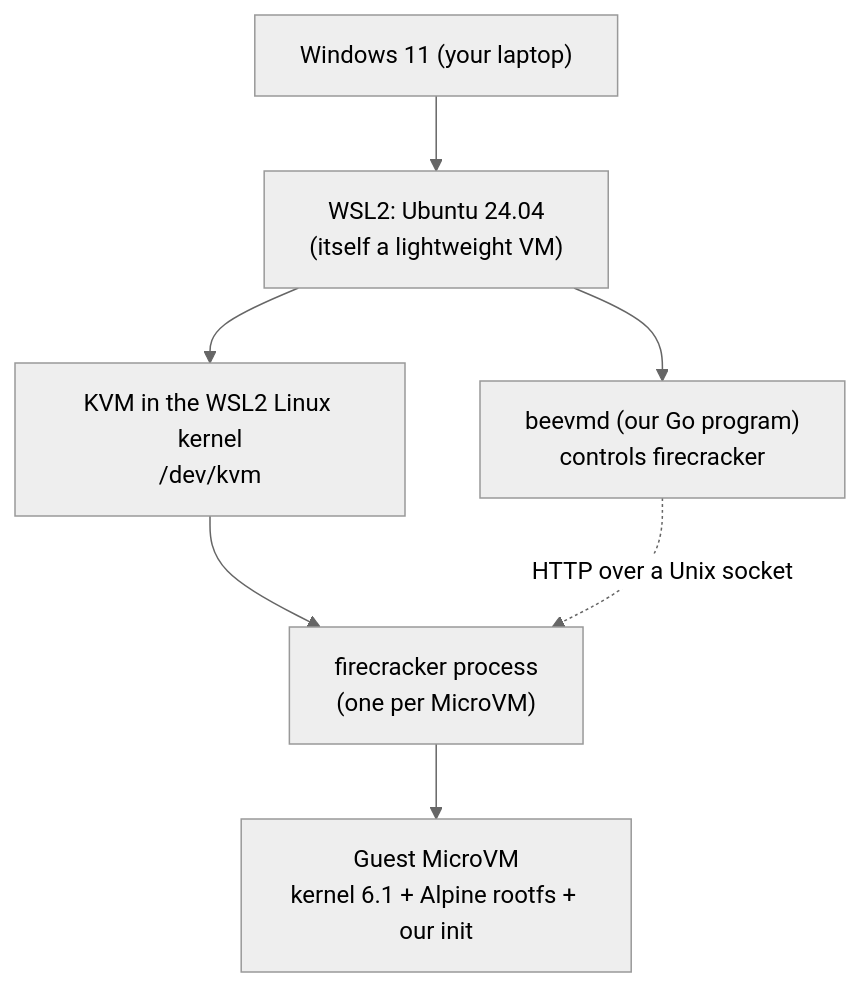
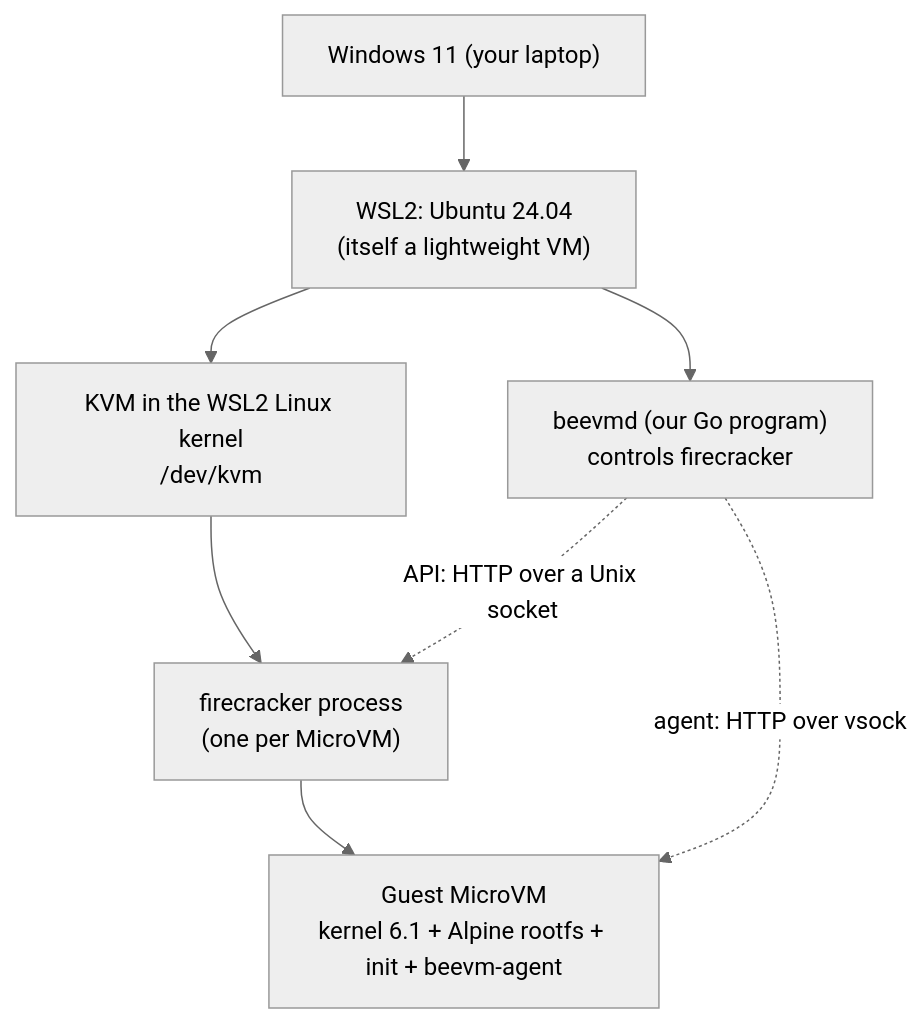
Before and after one commit to om8P/BeeVM: the first of 8 diagrams in developer-guide/guide.md, drawn with Mermaid (neutral theme). The commit also changed other lines of this file and 2 other files, not shown here.

````diff
--- a/developer-guide/guide.md
+++ b/developer-guide/guide.md
@@ -25,9 +49,10 @@
 ```mermaid
 flowchart TB
     W["Windows 11 (your laptop)"] --> WSL["WSL2: Ubuntu 24.04<br/>(itself a lightweight VM)"]
     WSL --> KVM["KVM in the WSL2 Linux kernel<br/>/dev/kvm"]
     KVM --> FC["firecracker process<br/>(one per MicroVM)"]
-    FC --> G["Guest MicroVM<br/>kernel 6.1 + Alpine rootfs + our init"]
+    FC --> G["Guest MicroVM<br/>kernel 6.1 + Alpine rootfs + init + beevm-agent"]
     WSL --> GO["beevmd (our Go program)<br/>controls firecracker"]
-    GO -. "HTTP over a Unix socket" .-> FC
+    GO -. "API: HTTP over a Unix socket" .-> FC
+    GO -. "agent: HTTP over vsock" .-> G
 ```
````
